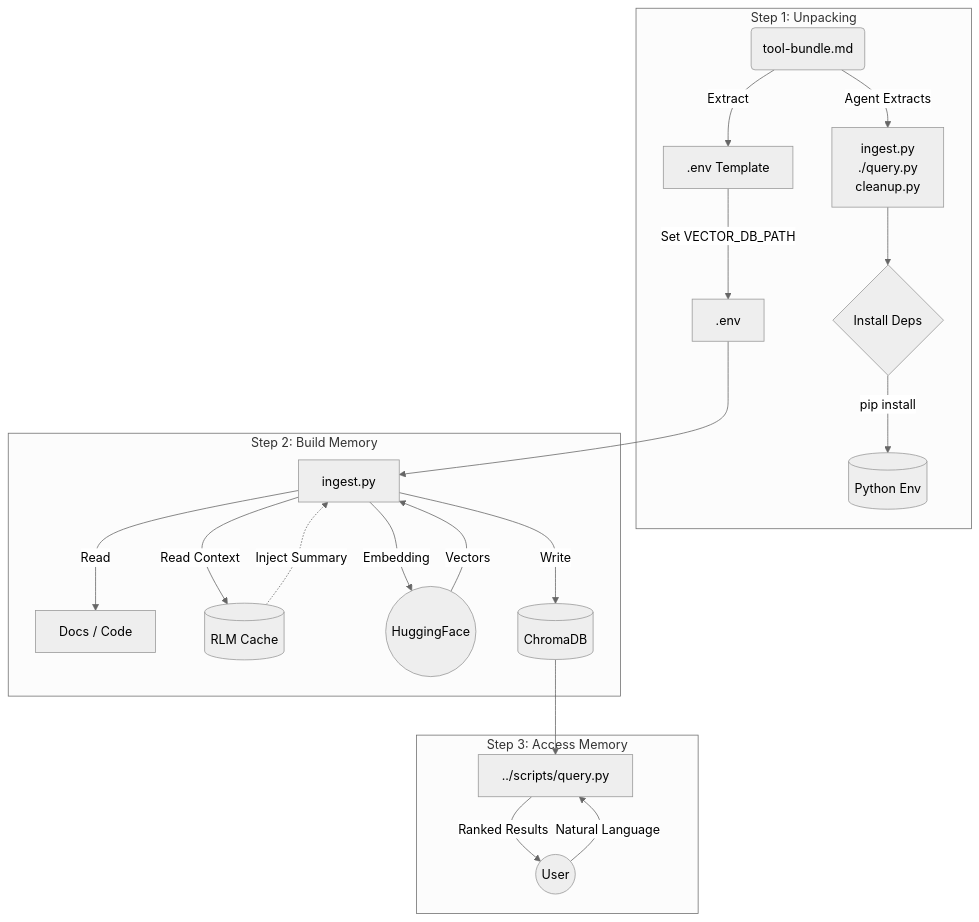
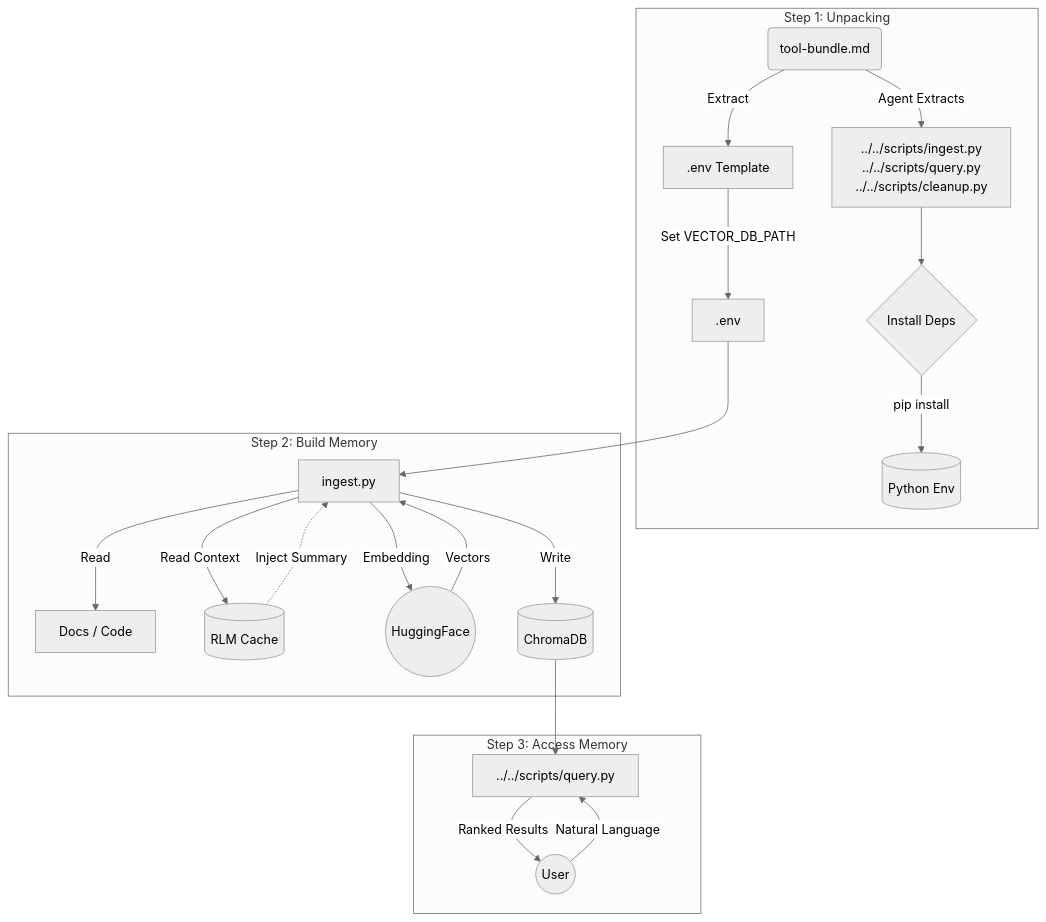
One commit to richfrem/agent-plugins-skills changed the diagram in plugins/vector-db/assets/diagrams/logic.mmd. Above: the diagram before and after it, drawn with Mermaid (neutral theme). The commit also changed 12 other files, not shown here.

```diff
--- a/plugins/vector-db/assets/diagrams/logic.mmd
+++ b/plugins/vector-db/assets/diagrams/logic.mmd
@@ -1,25 +1,25 @@
 flowchart TD
     subgraph Initialization [Step 1: Unpacking]
         Bundle(tool-bundle.md) -- Agent Extracts --> Scripts
-        Scripts[ingest.py\n./query.py\ncleanup.py]
+        Scripts[../../scripts/ingest.py\n../../scripts/query.py\n../../scripts/cleanup.py]
         Bundle -- Extract --> Config[.env Template]
         Scripts --> Install{Install Deps}
         Install -- "pip install" --> Venv[(Python Env)]
         Config -- "Set VECTOR_DB_PATH" --> Env[.env]
     end
 
     subgraph Ingestion [Step 2: Build Memory]
         Env --> Ingest[ingest.py]
         Ingest -- "Read" --> Markdown[Docs / Code]
         Ingest -- "Read Context" --> RLM[(RLM Cache)]
         RLM -. "Inject Summary" .-> Ingest
         Ingest -- "Embedding" --> HF((HuggingFace))
         HF -- "Vectors" --> Ingest
         Ingest -- "Write" --> Chroma[(ChromaDB)]
     end
 
     subgraph Retrieval [Step 3: Access Memory]
-        Chroma --> Query[../scripts/query.py]
+        Chroma --> Query[../../scripts/query.py]
         User((User)) -- "Natural Language" --> Query
         Query -- "Ranked Results" --> User
     end
```
